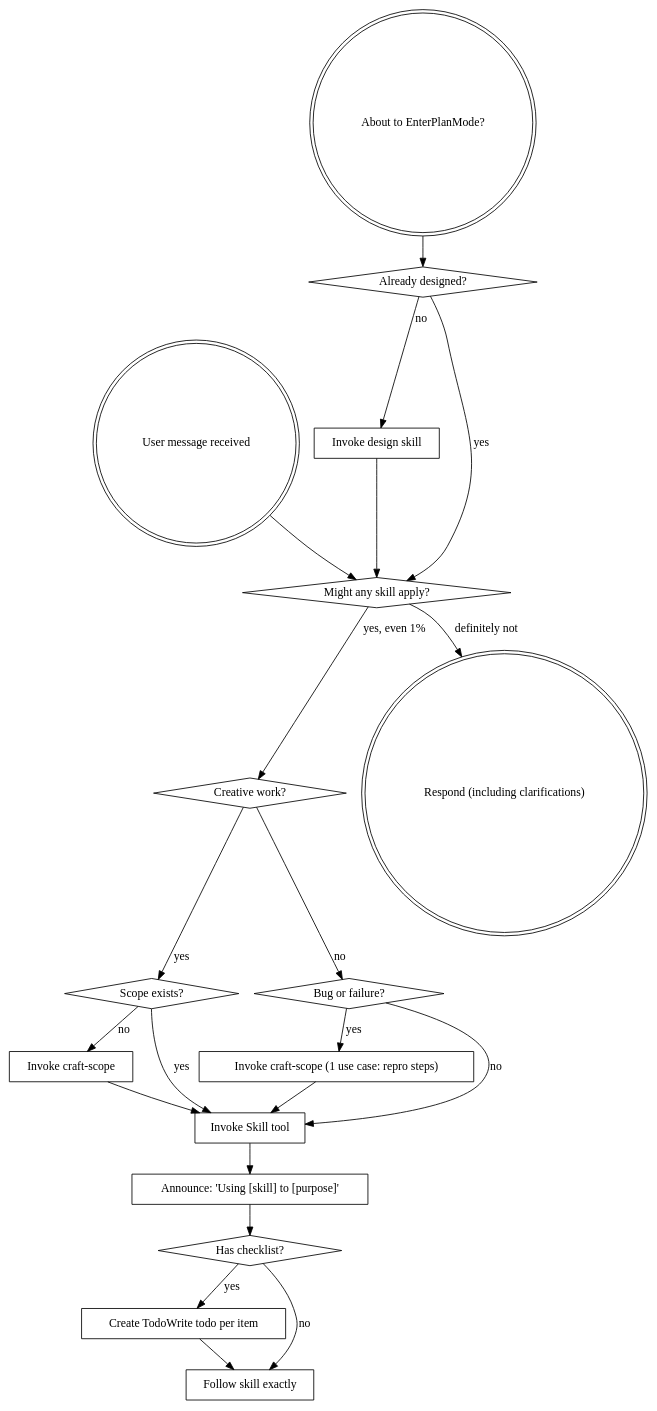
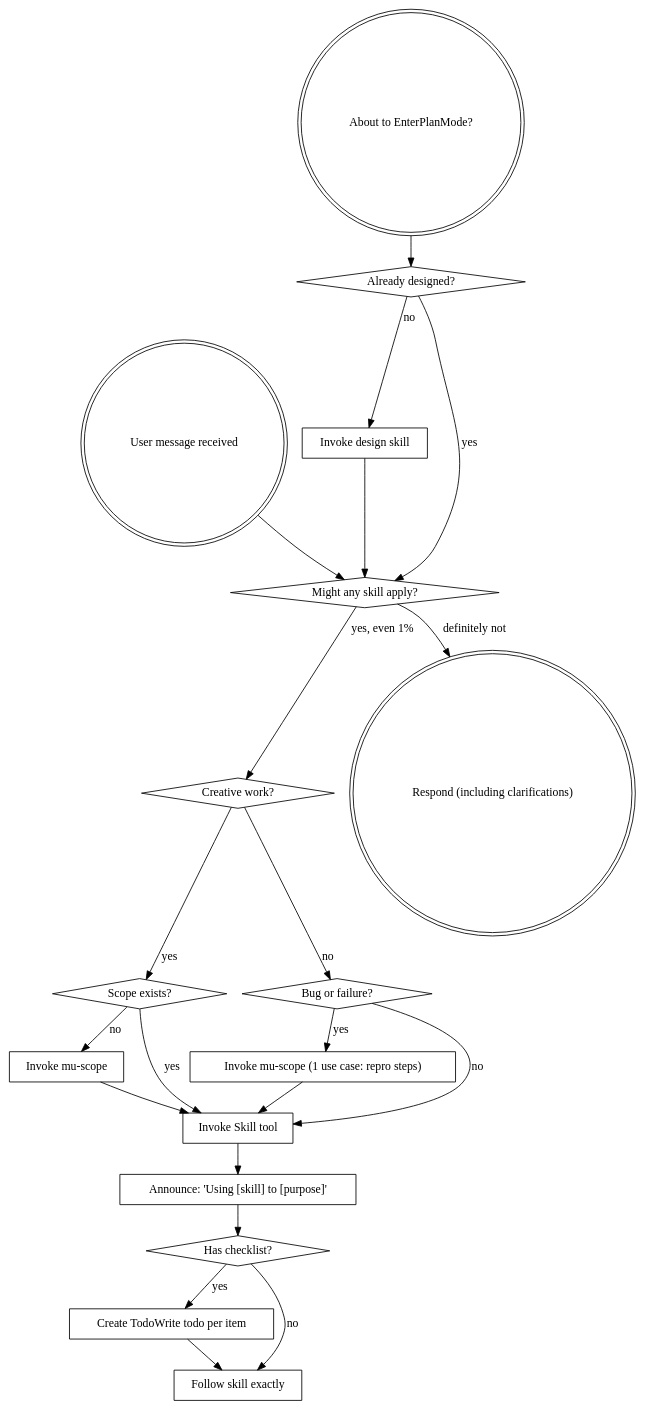
The diagram in rules/bootstrap.md (knotmark-ai/devmuse), drawn with Graphviz before and after one commit. The commit also changed 75 other files, not shown here.

````diff
--- a/rules/bootstrap.md
+++ b/rules/bootstrap.md
@@ -38,42 +38,42 @@
 ```dot
 digraph skill_flow {
     "User message received" [shape=doublecircle];
     "About to EnterPlanMode?" [shape=doublecircle];
     "Already designed?" [shape=diamond];
     "Invoke design skill" [shape=box];
     "Might any skill apply?" [shape=diamond];
     "Creative work?" [shape=diamond];
     "Scope exists?" [shape=diamond];
     "Bug or failure?" [shape=diamond];
-    "Invoke craft-scope (1 use case: repro steps)" [shape=box];
-    "Invoke craft-scope" [shape=box];
+    "Invoke mu-scope (1 use case: repro steps)" [shape=box];
+    "Invoke mu-scope" [shape=box];
     "Invoke Skill tool" [shape=box];
     "Announce: 'Using [skill] to [purpose]'" [shape=box];
     "Has checklist?" [shape=diamond];
     "Create TodoWrite todo per item" [shape=box];
     "Follow skill exactly" [shape=box];
     "Respond (including clarifications)" [shape=doublecircle];
 
     "About to EnterPlanMode?" -> "Already designed?";
     "Already designed?" -> "Invoke design skill" [label="no"];
     "Already designed?" -> "Might any skill apply?" [label="yes"];
     "Invoke design skill" -> "Might any skill apply?";
 
     "User message received" -> "Might any skill apply?";
     "Might any skill apply?" -> "Creative work?" [label="yes, even 1%"];
     "Might any skill apply?" -> "Respond (including clarifications)" [label="definitely not"];
     "Creative work?" -> "Scope exists?" [label="yes"];
     "Creative work?" -> "Bug or failure?" [label="no"];
-    "Scope exists?" -> "Invoke craft-scope" [label="no"];
+    "Scope exists?" -> "Invoke mu-scope" [label="no"];
     "Scope exists?" -> "Invoke Skill tool" [label="yes"];
-    "Bug or failure?" -> "Invoke craft-scope (1 use case: repro steps)" [label="yes"];
+    "Bug or failure?" -> "Invoke mu-scope (1 use case: repro steps)" [label="yes"];
     "Bug or failure?" -> "Invoke Skill tool" [label="no"];
-    "Invoke craft-scope" -> "Invoke Skill tool";
-    "Invoke craft-scope (1 use case: repro steps)" -> "Invoke Skill tool";
+    "Invoke mu-scope" -> "Invoke Skill tool";
+    "Invoke mu-scope (1 use case: repro steps)" -> "Invoke Skill tool";
     "Invoke Skill tool" -> "Announce: 'Using [skill] to [purpose]'";
     "Announce: 'Using [skill] to [purpose]'" -> "Has checklist?";
     "Has checklist?" -> "Create TodoWrite todo per item" [label="yes"];
     "Has checklist?" -> "Follow skill exactly" [label="no"];
     "Create TodoWrite todo per item" -> "Follow skill exactly";
 }
 ```
````
